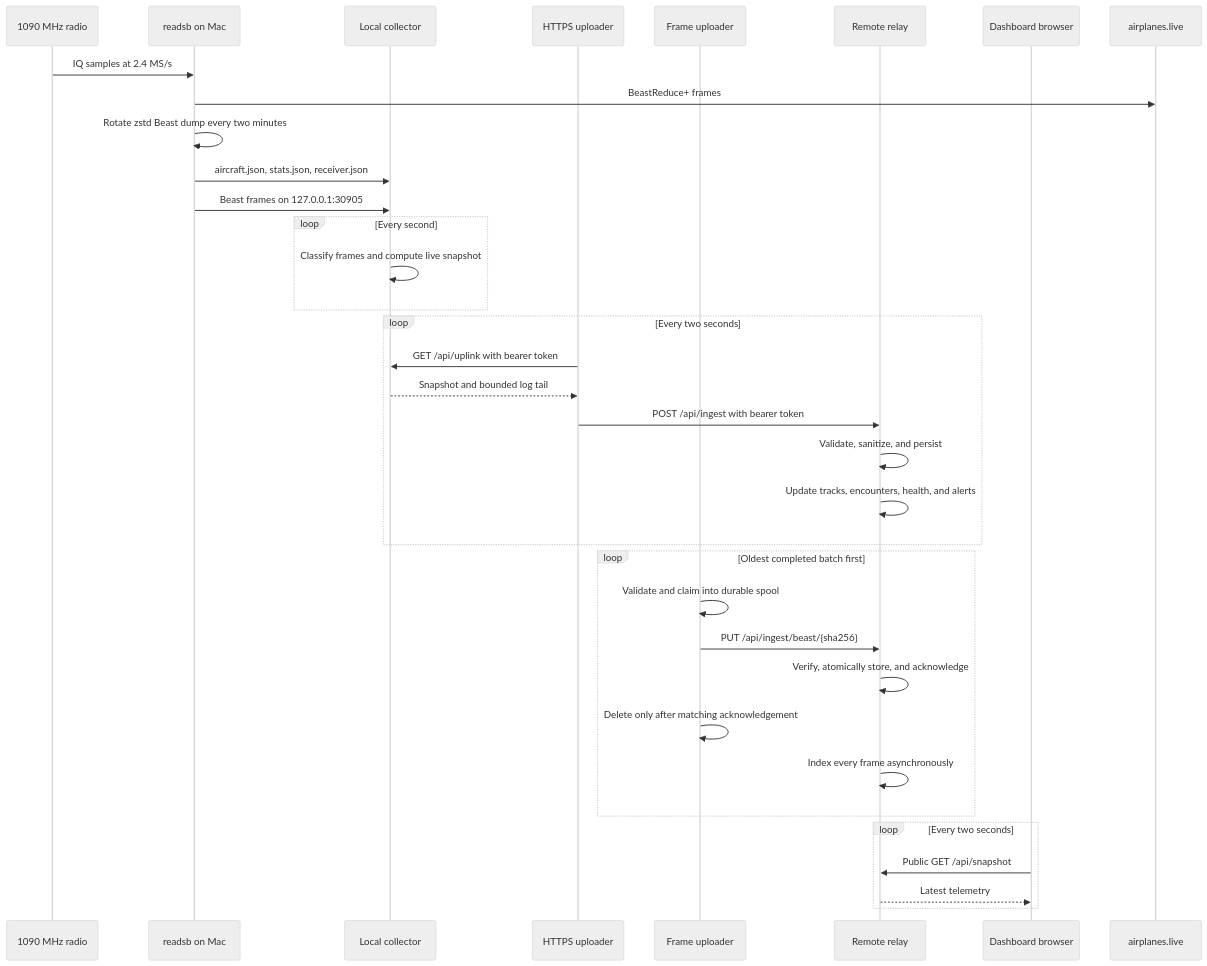
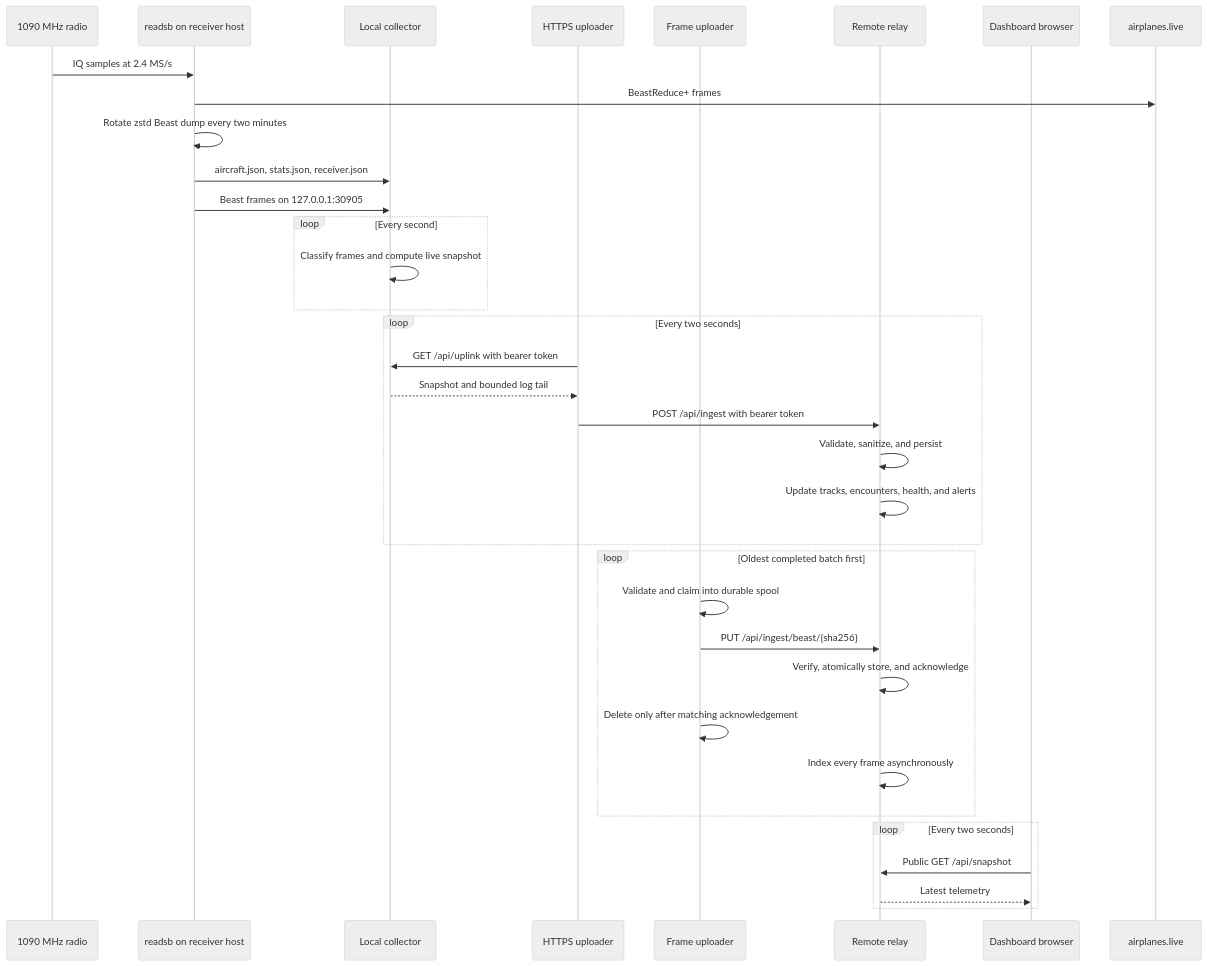
Before and after one commit to ramideltoro/antenna_observatory: the first of 3 diagrams in wiki-site/docs/data-pipeline.md, drawn with Mermaid (neutral theme). The commit also changed other lines of this file and 14 other files, not shown here.

````diff
--- a/wiki-site/docs/data-pipeline.md
+++ b/wiki-site/docs/data-pipeline.md
@@ -5,38 +5,38 @@
 ```mermaid
 sequenceDiagram
     participant Radio as 1090 MHz radio
-    participant Readsb as readsb on Mac
+    participant Readsb as readsb on receiver host
     participant Collector as Local collector
     participant Uploader as HTTPS uploader
     participant Frames as Frame uploader
     participant Relay as Remote relay
     participant Browser as Dashboard browser
     participant AL as airplanes.live
 
     Radio->>Readsb: IQ samples at 2.4 MS/s
     Readsb->>AL: BeastReduce+ frames
     Readsb->>Readsb: Rotate zstd Beast dump every two minutes
     Readsb->>Collector: aircraft.json, stats.json, receiver.json
     Readsb->>Collector: Beast frames on 127.0.0.1:30905
     loop Every second
       Collector->>Collector: Classify frames and compute live snapshot
     end
     loop Every two seconds
       Uploader->>Collector: GET /api/uplink with bearer token
       Collector-->>Uploader: Snapshot and bounded log tail
       Uploader->>Relay: POST /api/ingest with bearer token
       Relay->>Relay: Validate, sanitize, and persist
       Relay->>Relay: Update tracks, encounters, health, and alerts
     end
     loop Oldest completed batch first
       Frames->>Frames: Validate and claim into durable spool
       Frames->>Relay: PUT /api/ingest/beast/{sha256}
       Relay->>Relay: Verify, atomically store, and acknowledge
       Frames->>Frames: Delete only after matching acknowledgement
       Relay->>Relay: Index every frame asynchronously
     end
     loop Every two seconds
       Browser->>Relay: Public GET /api/snapshot
       Relay-->>Browser: Latest telemetry
     end
 ```
````
